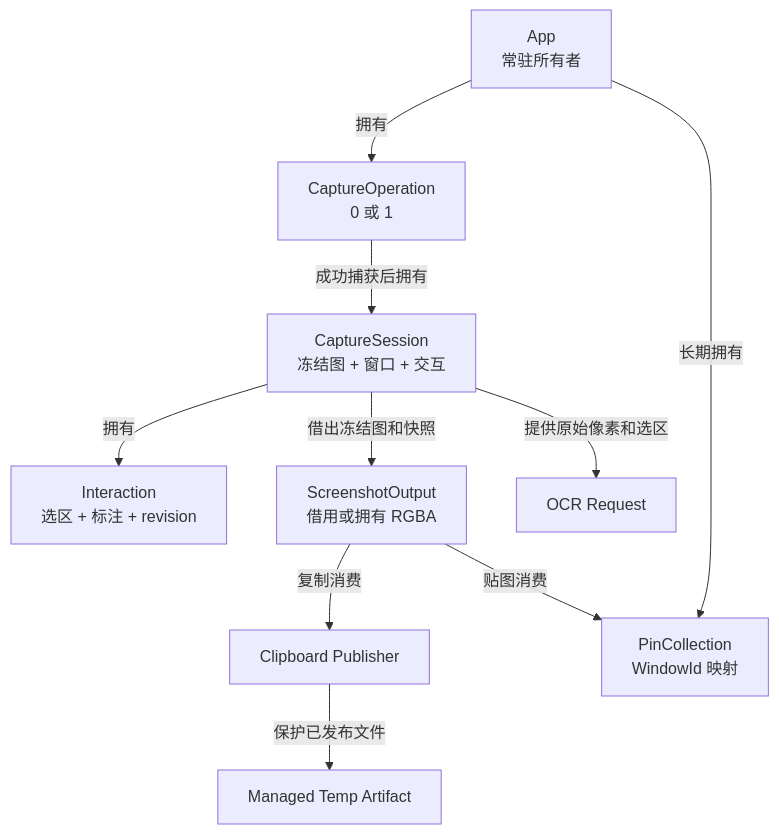
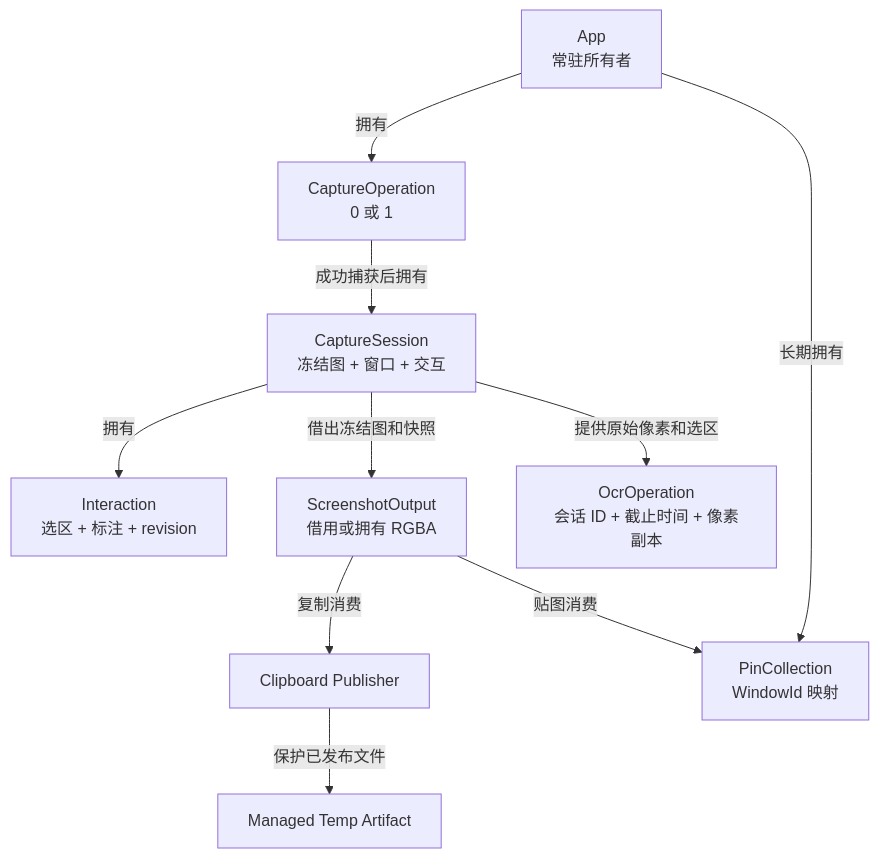
The second of 6 diagrams in docs/DESIGN.md (idkwhatimdoing62/rshot), drawn with Mermaid before and after one commit. The commit also changed other lines of this file and 12 other files, not shown here.

````diff
--- a/docs/DESIGN.md
+++ b/docs/DESIGN.md
@@ -111,22 +111,22 @@
 ```mermaid
 flowchart TD
     app["App<br/>常驻所有者"]
     operation["CaptureOperation<br/>0 或 1"]
     session["CaptureSession<br/>冻结图 + 窗口 + 交互"]
     interaction["Interaction<br/>选区 + 标注 + revision"]
     output["ScreenshotOutput<br/>借用或拥有 RGBA"]
     pins["PinCollection<br/>WindowId 映射"]
     clipboard["Clipboard Publisher"]
     artifact["Managed Temp Artifact"]
-    ocr["OCR Request"]
+    ocr["OcrOperation<br/>会话 ID + 截止时间 + 像素副本"]
 
     app -->|"拥有"| operation
     operation -->|"成功捕获后拥有"| session
     session -->|"拥有"| interaction
     session -->|"借出冻结图和快照"| output
     app -->|"长期拥有"| pins
     output -->|"复制消费"| clipboard
     clipboard -->|"保护已发布文件"| artifact
     session -->|"提供原始像素和选区"| ocr
     output -->|"贴图消费"| pins
 ```
````
